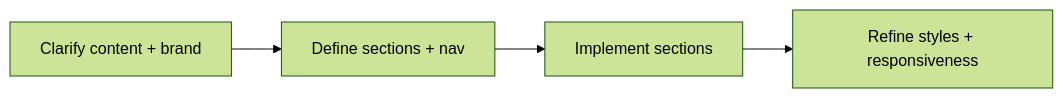
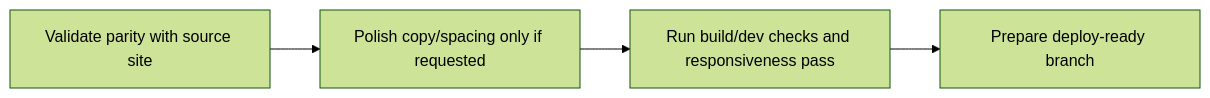
One commit to ipavic933-spec/website-pavic changed the diagram in lode/plans/current-plan.md. Above: the diagram before and after it, drawn with Mermaid (forest theme). The commit also changed other lines of this file and 107 other files, not shown here.

````diff
--- a/lode/plans/current-plan.md
+++ b/lode/plans/current-plan.md
@@ -10,6 +10,6 @@
 ```mermaid
 flowchart LR
-  Discover["Clarify content + brand"] --> Structure["Define sections + nav"]
-  Structure --> Build["Implement sections"]
-  Build --> Polish["Refine styles + responsiveness"]
+  Validate["Validate parity with source site"] --> Polish["Polish copy/spacing only if requested"]
+  Polish --> QA["Run build/dev checks and responsiveness pass"]
+  QA --> Ship["Prepare deploy-ready branch"]
 ```
````
